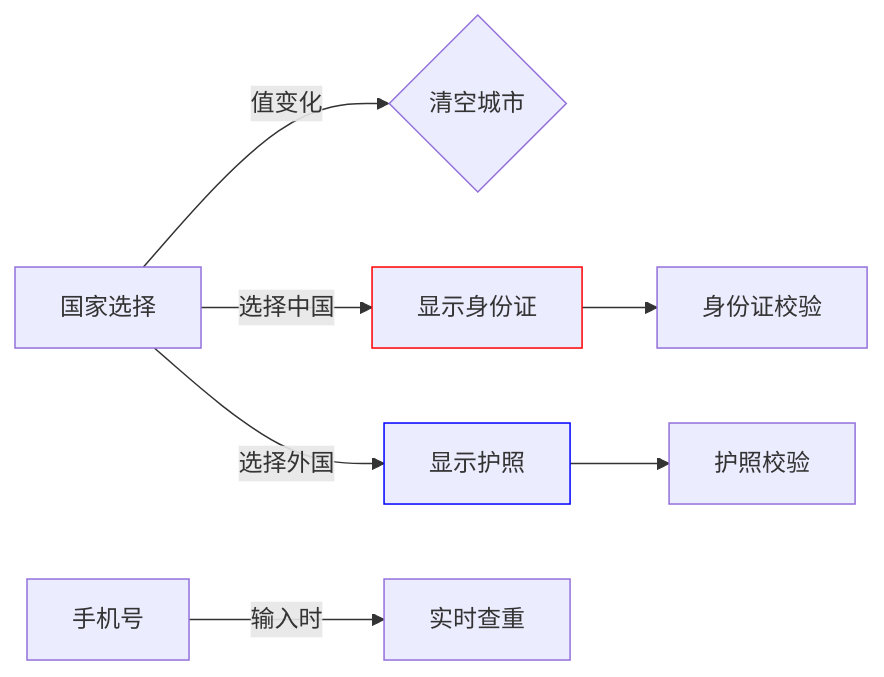
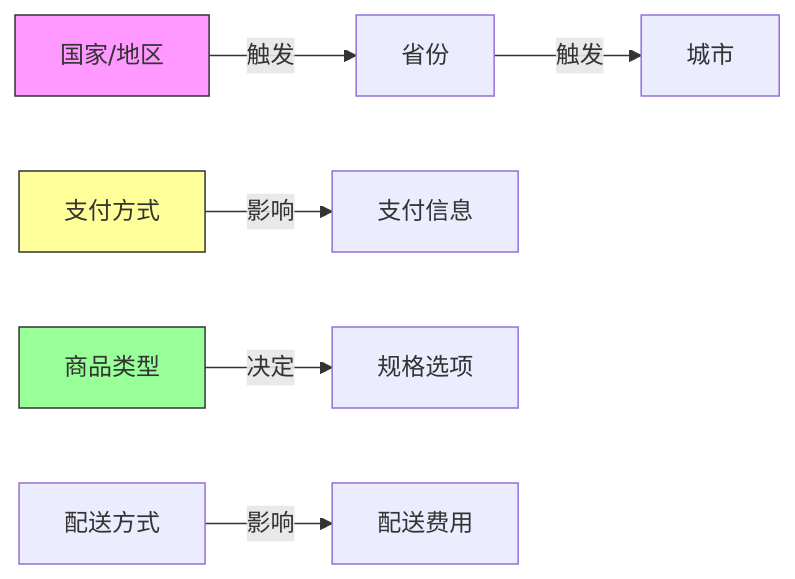
Before and after one commit to yuanyuanyuan/Stark-AI-notes: the second of 2 diagrams in 代码分析的prompt指令/字段依赖分析（面向实施顾问）.md, drawn with Mermaid. The commit also changed other lines of this file and 4 other files, not shown here.

Commit message:
feat: add comprehensive guidelines for project architecture analysis across frontend, backend, and data structures

````diff
--- a/代码分析的prompt指令/字段依赖分析（面向实施顾问）.md
+++ b/代码分析的prompt指令/字段依赖分析（面向实施顾问）.md
@@ -16,11 +42,12 @@
-```mermaid
-flowchart LR
-    A[国家选择] -->|值变化| B{清空城市}
-    A -->|选择中国| C[显示身份证]
-    A -->|选择外国| D[显示护照]
-    C --> E[身份证校验]
-    D --> F[护照校验]
-    G[手机号] -->|输入时| H[实时查重]
-    style C stroke:#f00
-    style D stroke:#00f
-```
+   ```mermaid
+   graph LR
+       A[国家/地区] -->|触发| B[省份]
+       B -->|触发| C[城市]
+       D[支付方式] -->|影响| E[支付信息]
+       F[商品类型] -->|决定| G[规格选项]
+       H[配送方式] -->|影响| I[配送费用]
+       
+       style A fill:#f9f,stroke:#333
+       style D fill:#ff9,stroke:#333
+       style F fill:#9f9,stroke:#333
+   ```
````
